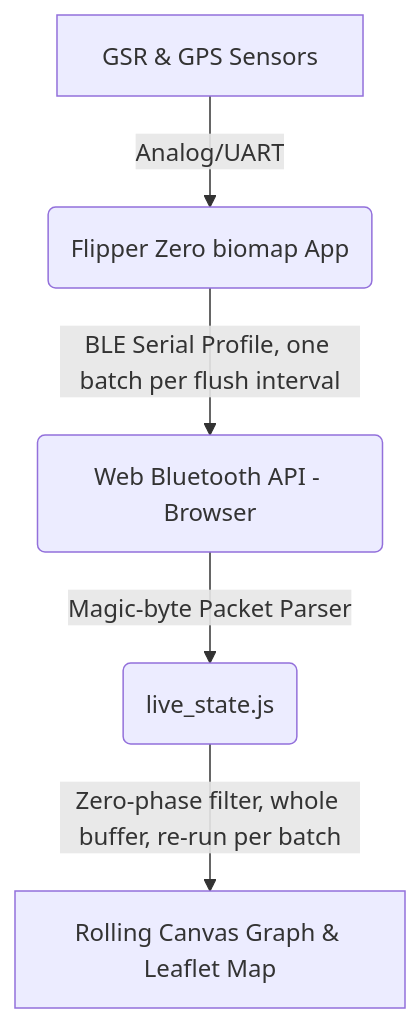
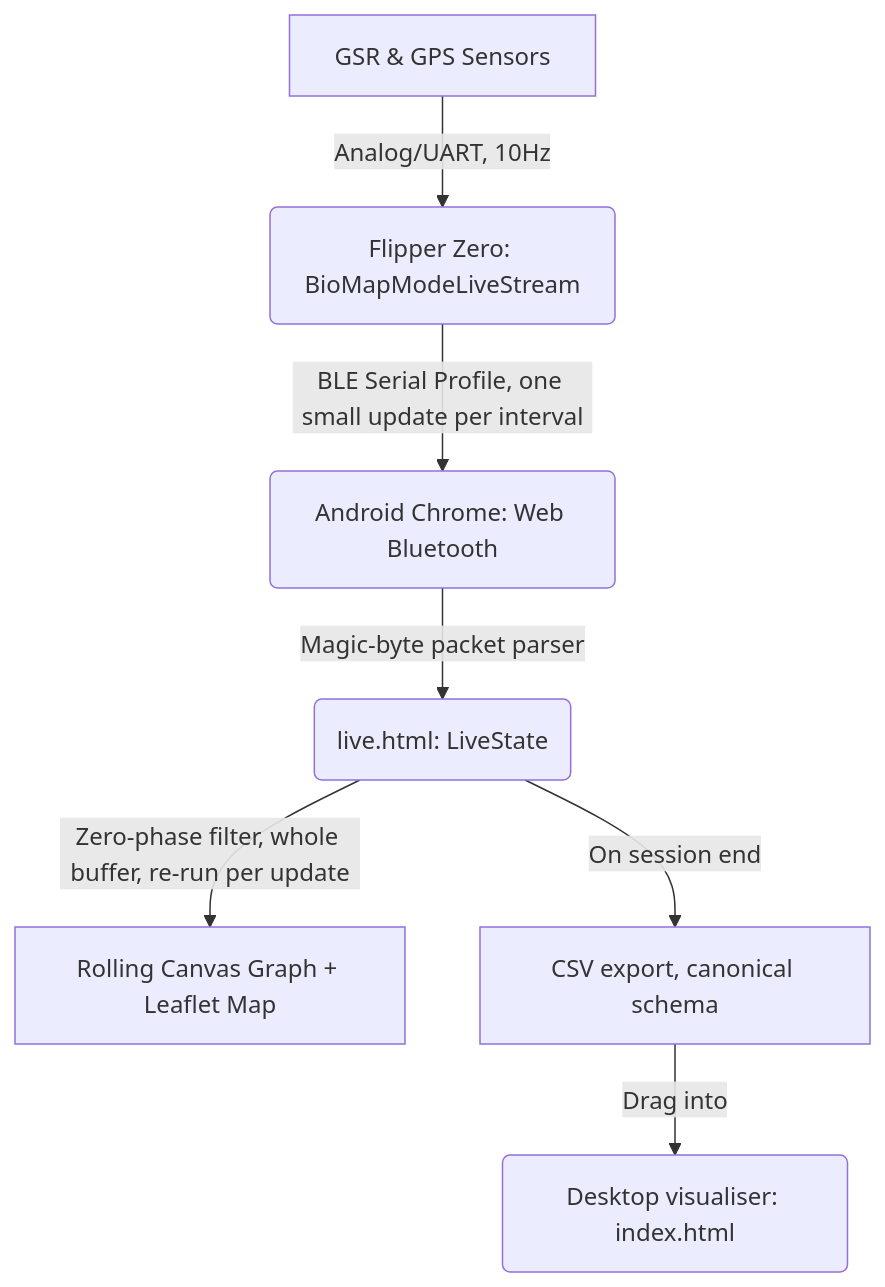
The diagram in docs/bluetooth_serial_investigation.md (Softhook/BioMapping), drawn with Mermaid before and after one commit. The commit also changed other lines of this file, not shown here.

````diff
--- a/docs/bluetooth_serial_investigation.md
+++ b/docs/bluetooth_serial_investigation.md
@@ -107,7 +137,9 @@
 ```mermaid
 graph TD
-    A[GSR & GPS Sensors] -->|Analog/UART| B(Flipper Zero biomap App)
-    B -->|BLE Serial Profile, one batch per flush interval| C(Web Bluetooth API - Browser)
-    C -->|Magic-byte Packet Parser| D(live_state.js)
-    D -->|Zero-phase filter, whole buffer, re-run per batch| E[Rolling Canvas Graph & Leaflet Map]
+    A[GSR & GPS Sensors] -->|Analog/UART, 10Hz| B(Flipper Zero: BioMapModeLiveStream)
+    B -->|BLE Serial Profile, one small update per interval| C(Android Chrome: Web Bluetooth)
+    C -->|Magic-byte packet parser| D(live.html: LiveState)
+    D -->|Zero-phase filter, whole buffer, re-run per update| E[Rolling Canvas Graph + Leaflet Map]
+    D -->|On session end| F[CSV export, canonical schema]
+    F -->|Drag into| G(Desktop visualiser: index.html)
 ```
````
